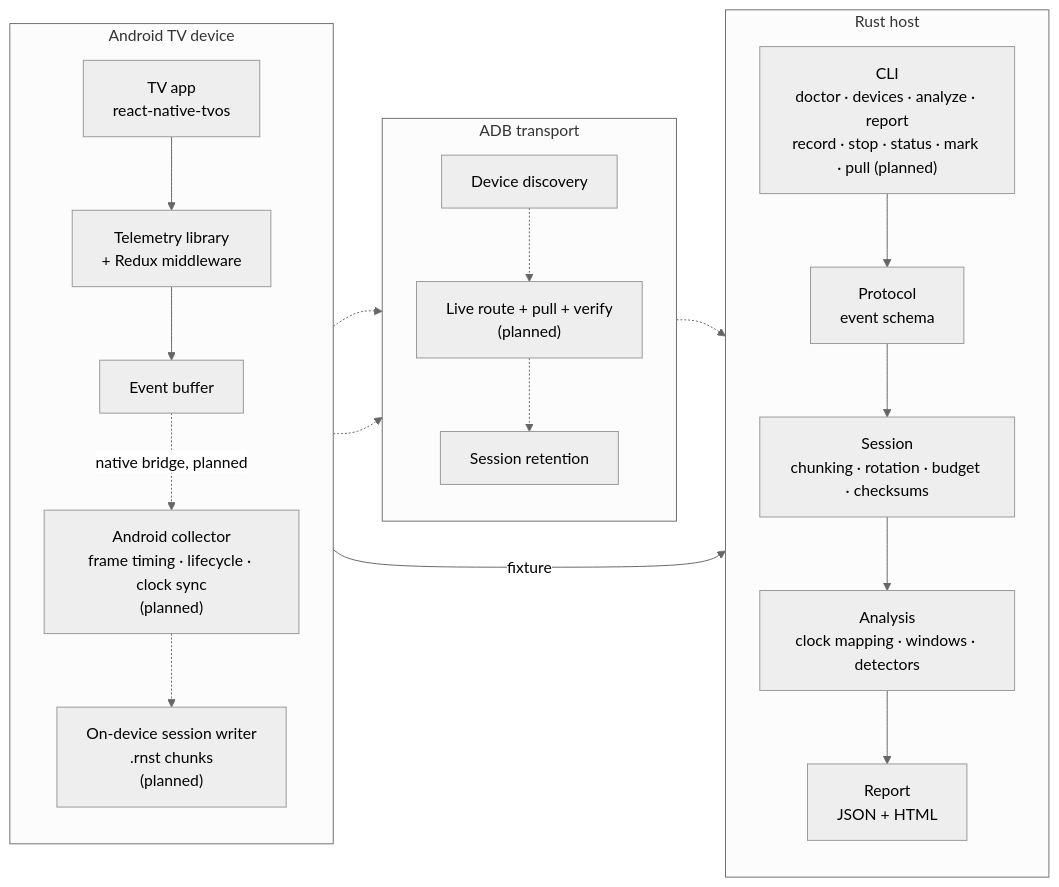
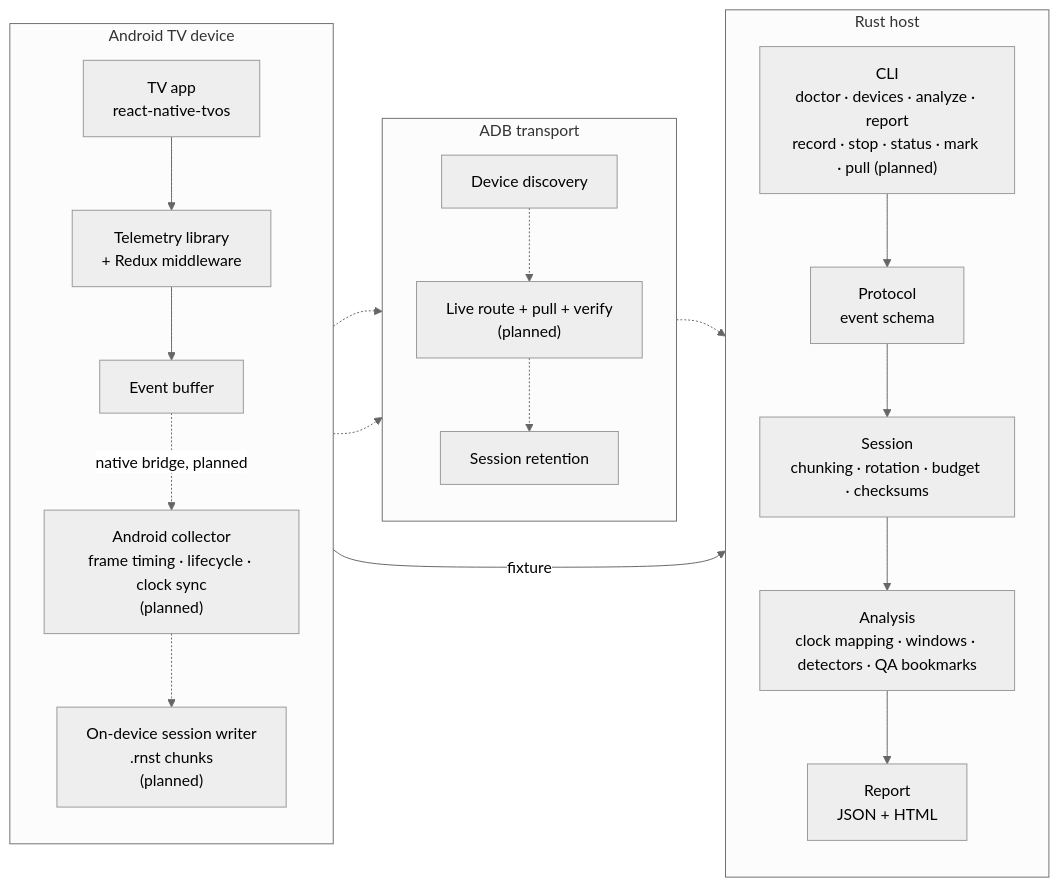
The diagram in .github/architecture.mmd (undrafted/rn-android-tv-session-telemetry), drawn with Mermaid before and after one commit. The commit also changed 2 other files, not shown here.

```diff
--- a/.github/architecture.mmd
+++ b/.github/architecture.mmd
@@ -1,37 +1,37 @@
 %%{init: {"theme": "neutral"}}%%
 flowchart LR
     subgraph Device["Android TV device"]
         direction TB
         App["TV app<br/>react-native-tvos"]
         Lib["Telemetry library<br/>+ Redux middleware"]
         Buffer["Event buffer"]
         Collector["Android collector<br/>frame timing · lifecycle · clock sync<br/>(planned)"]
         Writer["On-device session writer<br/>.rnst chunks<br/>(planned)"]
         App --> Lib --> Buffer
         Buffer -.->|native bridge, planned| Collector
         Collector -.-> Writer
     end
 
     subgraph Transport["ADB transport"]
         direction TB
         Discover["Device discovery"]
         LivePull["Live route + pull + verify<br/>(planned)"]
         Retain["Session retention"]
         Discover -.-> LivePull
         LivePull -.-> Retain
     end
 
     subgraph Host["Rust host"]
         direction TB
         CLI["CLI<br/>doctor · devices · analyze · report<br/>record · stop · status · mark · pull (planned)"]
         Protocol["Protocol<br/>event schema"]
         SessionCrate["Session<br/>chunking · rotation · budget · checksums"]
-        Analysis["Analysis<br/>clock mapping · windows · detectors"]
+        Analysis["Analysis<br/>clock mapping · windows · detectors · QA bookmarks"]
         Report["Report<br/>JSON + HTML"]
         CLI --> Protocol --> SessionCrate --> Analysis --> Report
     end
 
     App -.-> Discover
     Writer -.-> LivePull
     LivePull -.-> CLI
     Buffer -->|fixture| CLI
```
